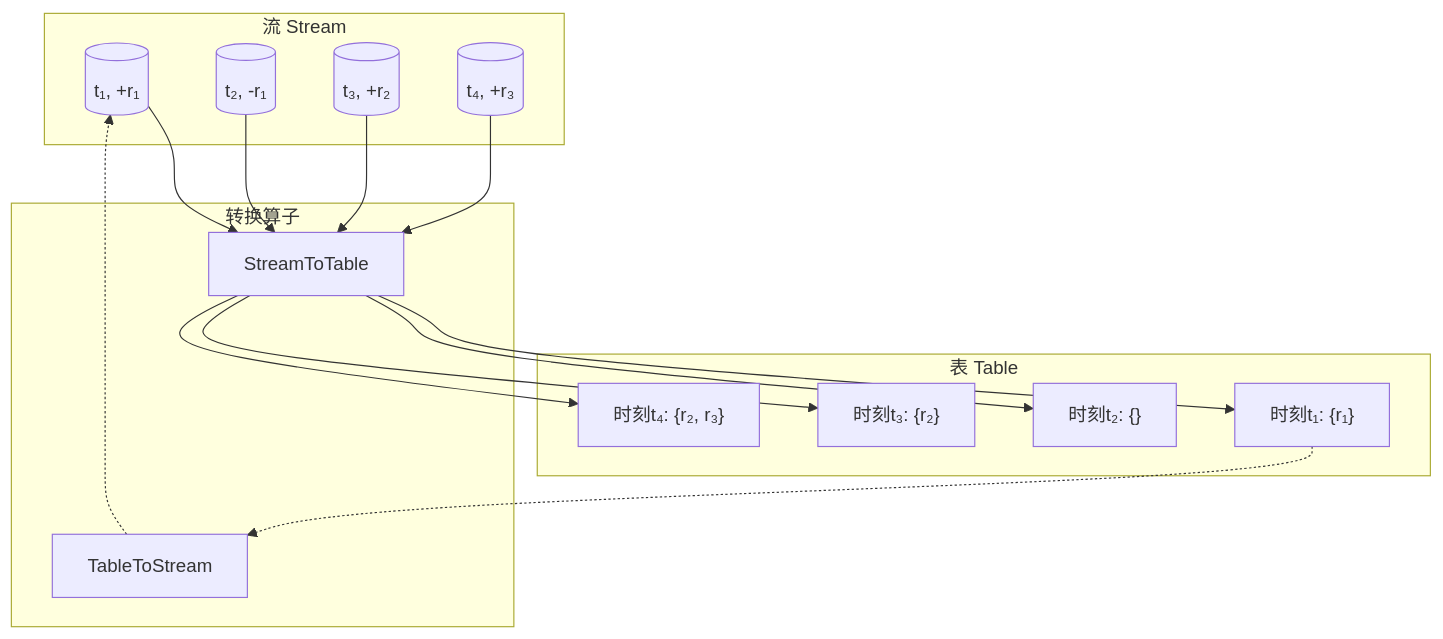
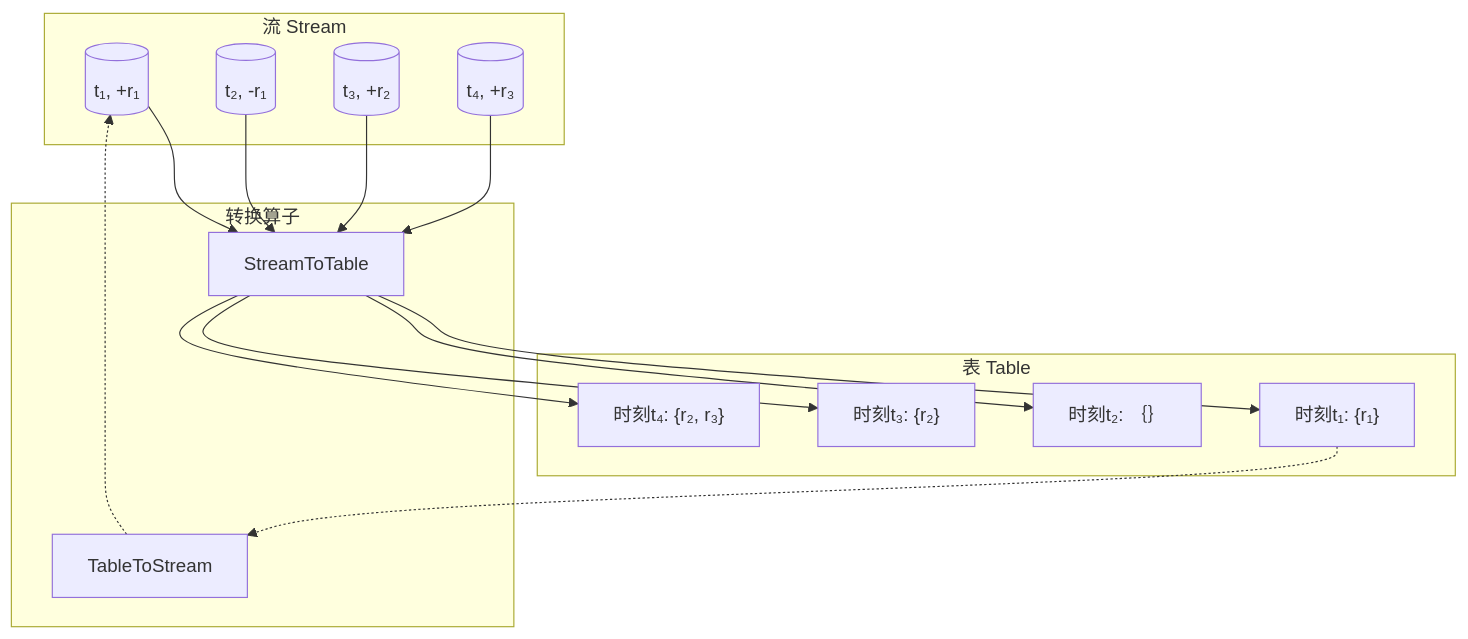
One commit to AdaMartin18010/AnalysisDataFlow changed the second of 4 diagrams in Struct/08-standards/streaming-sql-standard.md. Above: the diagram before and after it, drawn with Mermaid. The commit also changed 253 other files, not shown here.

````diff
--- a/Struct/08-standards/streaming-sql-standard.md
+++ b/Struct/08-standards/streaming-sql-standard.md
@@ -446,33 +446,33 @@
 ```mermaid
 graph TB
     subgraph Stream["流 Stream"]
         S1[(t₁, +r₁)]
         S2[(t₂, -r₁)]
         S3[(t₃, +r₂)]
         S4[(t₄, +r₃)]
     end
 
     subgraph Table["表 Table"]
         T1["时刻t₁: {r₁}"]
-        T2["时刻t₂: {}"]
+        T2["时刻t₂: ｛｝"]
         T3["时刻t₃: {r₂}"]
         T4["时刻t₄: {r₂, r₃}"]
     end
 
     subgraph Operators["转换算子"]
         T2S["TableToStream"]
         S2T["StreamToTable"]
     end
 
     S1 --> S2T
     S2 --> S2T
     S3 --> S2T
     S4 --> S2T
     S2T --> T1
     S2T --> T2
     S2T --> T3
     S2T --> T4
 
     T1 -.-> T2S
     T2S -.-> S1
 ```
````
